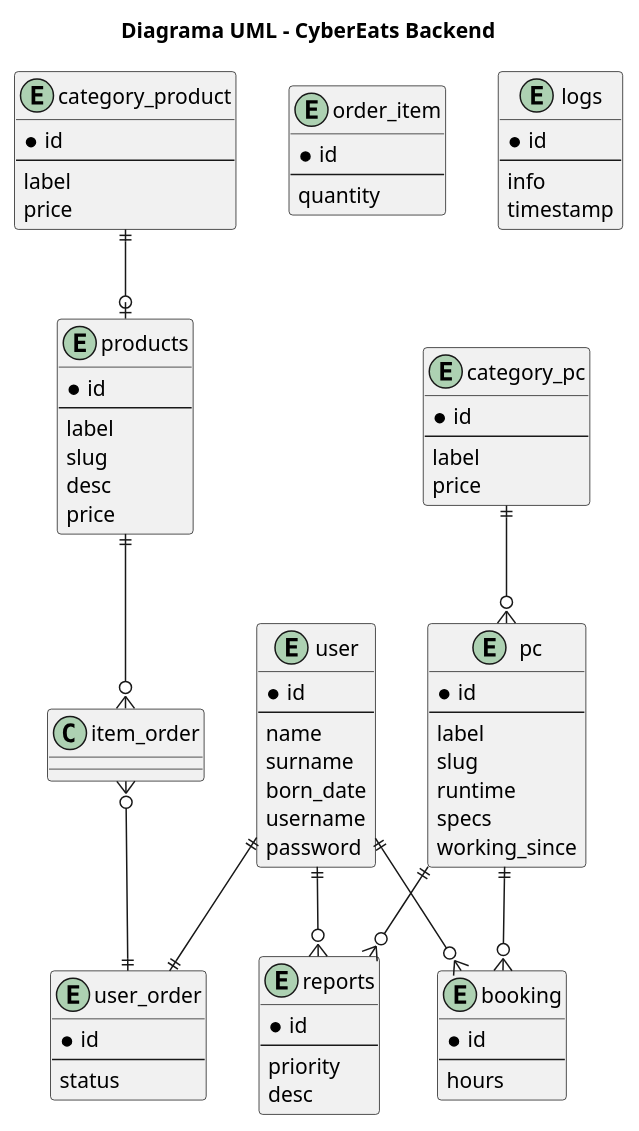
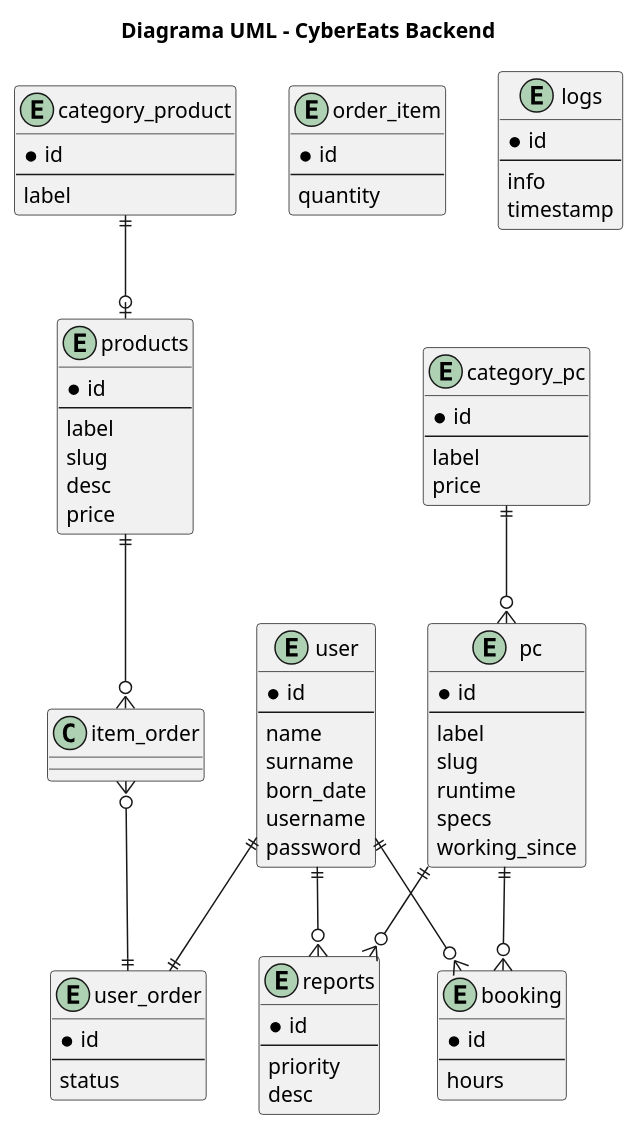
One commit to cybereats/tienda-back changed the diagram in docs/uml/bbdd.puml. Above: the diagram before and after it, drawn with PlantUML. The commit also changed 61 other files, not shown here.

```diff
--- a/docs/uml/bbdd.puml
+++ b/docs/uml/bbdd.puml
@@ -1,94 +1,93 @@
 @startuml
 
 title Diagrama UML - CyberEats Backend
 
 entity category_product {
     *id
     --
     label
-    price
 }
 
 entity products {
     *id
     --
     label
     slug
     desc
     price
 }
 
 entity order_item {
     *id
     --
     quantity
 }
 
 entity user_order {
     *id
     --
     status
 }
 
 entity logs {
     *id
     --
     info
     timestamp
 }
 
 entity category_pc {
     *id
     --
     label
     price
 }
 
 entity pc {
     *id
     --
     label
     slug
     runtime
     specs
     working_since
 }
 
 entity booking {
     *id
     --
     hours
 }
 
 entity reports {
     *id
     --
     priority
     desc
 }
 
 entity user {
     *id
     --
     name
     surname
     born_date
     username
     password
 }
 
 category_product ||--o| products
 products ||--o{ item_order
 item_order }o--|| user_order
 
 category_pc ||--o{ pc
 
 pc ||--o{ booking
 user ||--o{ booking
 
 pc ||--o{ reports
 user ||--o{ reports
 
 user ||--|| user_order
 
 @enduml
```
